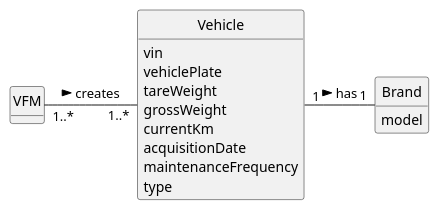
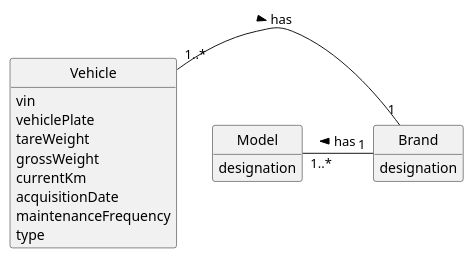
The diagram in docs/sprintB/us006/02.analysis/puml/us006-domain-model.puml (ricardomm7/leaflink), drawn with PlantUML before and after one commit. The commit also changed 7 other files, not shown here.

```diff
--- a/docs/sprintB/us006/02.analysis/puml/us006-domain-model.puml
+++ b/docs/sprintB/us006/02.analysis/puml/us006-domain-model.puml
@@ -1,33 +1,35 @@
 @startuml
 skinparam monochrome true
 skinparam packageStyle rectangle
 skinparam shadowing false
 
 'left to right direction
 
 skinparam classAttributeIconSize 0
 
 hide circle
 hide methods
 
-class VFM {
-}
 
 class Vehicle {
 vin
 vehiclePlate
 tareWeight
 grossWeight
 currentKm
 acquisitionDate
 maintenanceFrequency
 type
 }
 
 class Brand {
-model
+    designation
 }
 
-VFM "1..*" - "1..*" Vehicle : creates  >
-Vehicle "1" - "1" Brand : has >
+class Model {
+    designation
+}
+
+Vehicle "1..*" - "1" Brand : has >
+Model "1..*" -"1" Brand: has <
 @enduml
```
